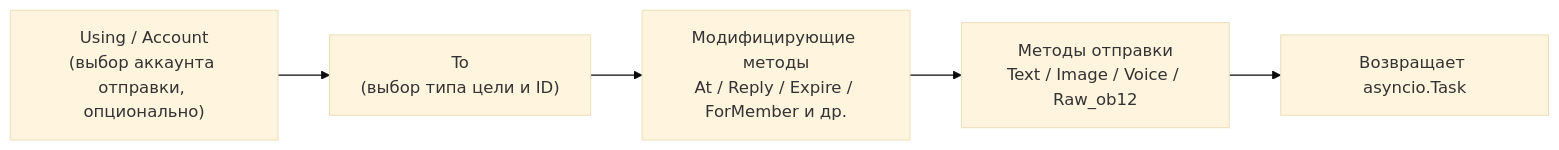
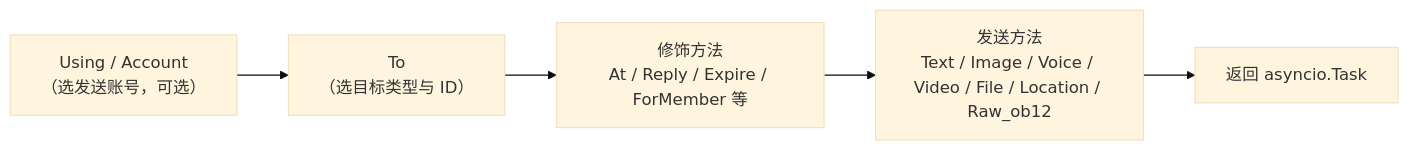
One commit to ErisPulse/ErisPulse changed the first of 2 diagrams in docs/ru/developer-guide/adapters/send-dsl.md. Above: the diagram before and after it, drawn with Mermaid (base theme). The commit also changed other lines of this file and 115 other files, not shown here.

````diff
--- a/docs/ru/developer-guide/adapters/send-dsl.md
+++ b/docs/ru/developer-guide/adapters/send-dsl.md
@@ -37,7 +36,7 @@
 ```mermaid
 flowchart LR
-    A["Using / Account<br/>(выбор аккаунта отправки, опционально)"] --> B["To<br/>(выбор типа цели и ID)"]
-    B --> C["Модифицирующие методы<br/>At / Reply / Expire / ForMember и др."]
-    C --> D["Методы отправки<br/>Text / Image / Voice / Raw_ob12"]
-    D --> E["Возвращает asyncio.Task"]
+    A["Using / Account<br/>（选发送账号，可选）"] --> B["To<br/>（选目标类型与 ID）"]
+    B --> C["修饰方法<br/>At / Reply / Expire / ForMember 等"]
+    C --> D["发送方法<br/>Text / Image / Voice / Video / File / Location / Raw_ob12"]
+    D --> E["返回 asyncio.Task"]
 ```
````
